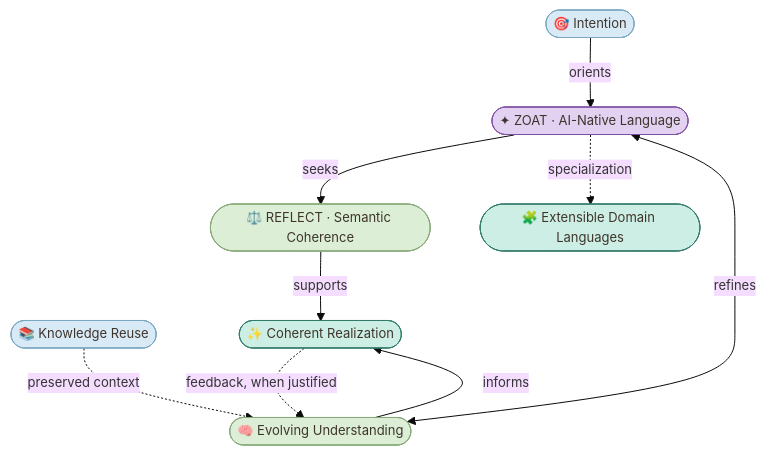
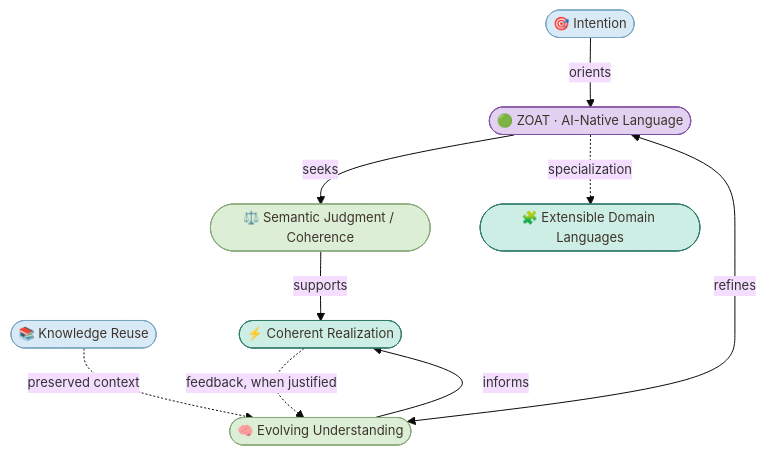
One commit to enogrob/project-zoat changed the first of 2 diagrams in README.md. Above: the diagram before and after it, drawn with Mermaid. The commit also changed other lines of this file, not shown here.

Commit message:
docs: align ZOAT public diagrams to canonical visual skill identities (#5)

````diff
--- a/README.md
+++ b/README.md
@@ -37,23 +37,23 @@
 ```mermaid
 %%{init: {"theme":"base","themeVariables":{"fontSize":"13px"},"flowchart":{"wrappingWidth":200,"minNodeWidth":0,"padding":8}}}%%
 flowchart TD
     I(["🎯 Intention"]):::context
     U(["🧠 Evolving Understanding"]):::understanding
-    Z(["✦ ZOAT · AI-Native Language"]):::core
-    C(["⚖️ REFLECT · Semantic Coherence"]):::understanding
+    Z(["🟢 ZOAT · AI-Native Language"]):::core
+    C(["⚖️ Semantic Judgment / Coherence"]):::understanding
     K(["📚 Knowledge Reuse"]):::context
     D(["🧩 Extensible Domain Languages"]):::projection
-    R(["✨ Coherent Realization"]):::projection
+    R(["⚡ Coherent Realization"]):::projection
     I -->|orients| Z
     U <-->|refines| Z
     Z -->|seeks| C
     K -.->|preserved context| U
     Z -.->|specialization| D
     C -->|supports| R
     U -->|informs| R
     R -.->|feedback, when justified| U
     classDef context fill:#D9EAF7,stroke:#7AA6C2,color:#3E342C
     classDef understanding fill:#DCEFD6,stroke:#86A878,color:#3E342C
     classDef core fill:#E3D1F2,stroke:#8050A1,color:#3E342C
     classDef projection fill:#CDEEE4,stroke:#317C6B,color:#3E342C
 ```
````
